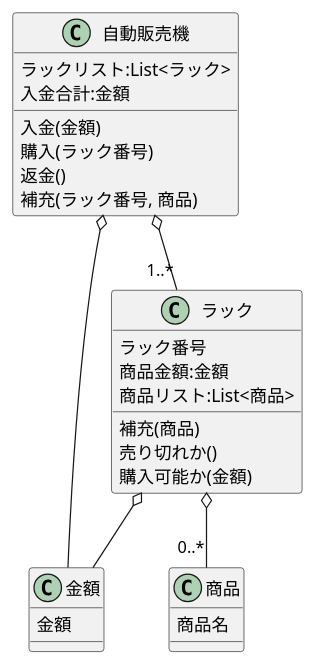
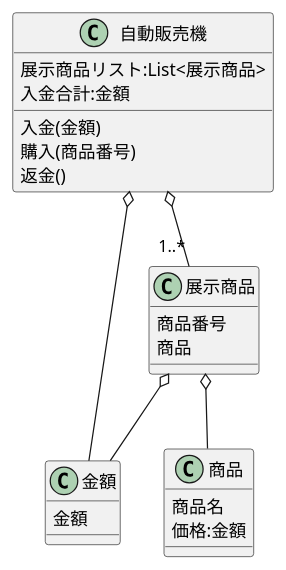
The diagram in modeling/DomainModel.md (TakashiOnawa/ModelingPractice-VendingMachine), drawn with PlantUML before and after one commit.

Commit message:
シンプルに考えた。

````diff
--- a/modeling/DomainModel.md
+++ b/modeling/DomainModel.md
@@ -1,38 +1,34 @@
-```uml
+```puml
 @startuml
 class 自動販売機
 {
-    ラックリスト:List<ラック>
+    展示商品リスト:List<展示商品>
     入金合計:金額
     入金(金額)
-    購入(ラック番号)
+    購入(商品番号)
     返金()
-    補充(ラック番号, 商品)
 }
 
-class ラック
+class 展示商品
 {
-    ラック番号
-    商品金額:金額
-    商品リスト:List<商品>
-    補充(商品)
-    売り切れか()
-    購入可能か(金額)
+    商品番号
+    商品
 }
 
 class 商品
 {
     商品名
+    価格:金額
 }
 
 class 金額
 {
     金額
 }
 
-自動販売機 o-- "1..*" ラック
+自動販売機 o-- "1..*" 展示商品
 自動販売機 o- 金額
-ラック o-- 金額
-ラック o-- "0..*" 商品
+展示商品 o-- 商品
+展示商品 o-- 金額
 @enduml
 ```
````
